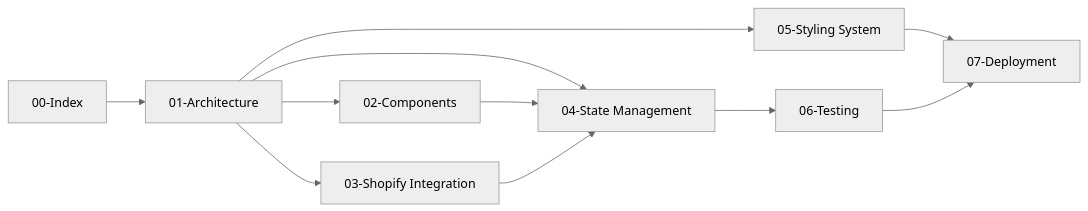
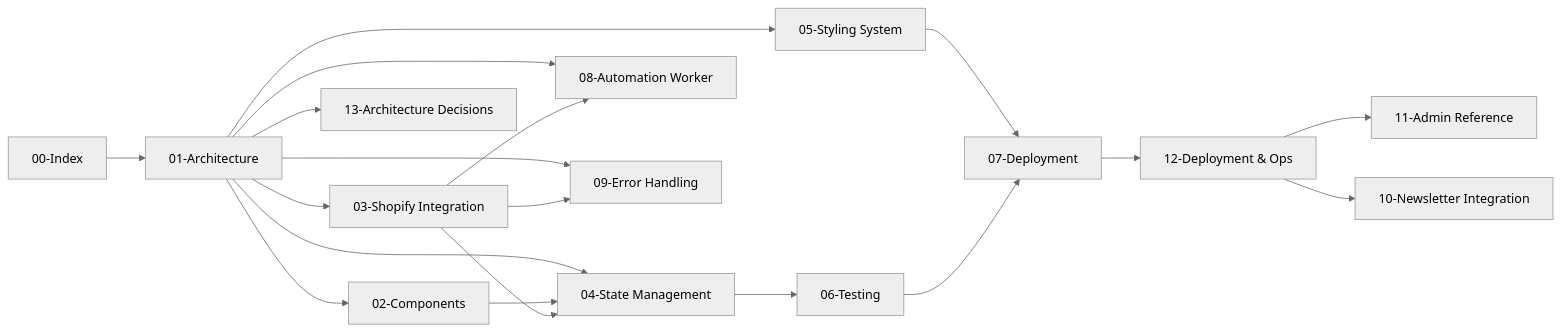
The diagram in docs/00-index.md (JasdeepN/house-of-mornii-shop), drawn with Mermaid (neutral theme) before and after one commit. The commit also changed other lines of this file and 52 other files, not shown here.

````diff
--- a/docs/00-index.md
+++ b/docs/00-index.md
@@ -19,13 +27,21 @@
 ```mermaid
 graph LR
     Index[00-Index] --> Arch[01-Architecture]
     Arch --> Comp[02-Components]
     Arch --> Shopify[03-Shopify Integration]
     Arch --> State[04-State Management]
     Arch --> Style[05-Styling System]
+    Arch --> Worker[08-Automation Worker]
+    Arch --> Errors[09-Error Handling]
+    Arch --> Decisions[13-Architecture Decisions]
     Comp --> State
     Shopify --> State
+    Shopify --> Worker
+    Shopify --> Errors
     State --> Test[06-Testing]
     Style --> Deploy[07-Deployment]
     Test --> Deploy
+    Deploy --> Ops[12-Deployment & Ops]
+    Ops --> Admin[11-Admin Reference]
+    Ops --> Newsletter[10-Newsletter Integration]
 ```
````
